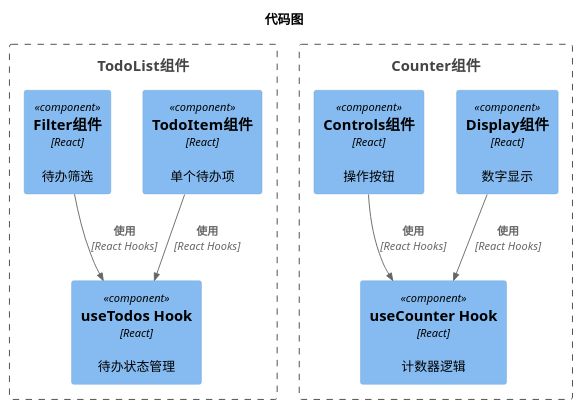
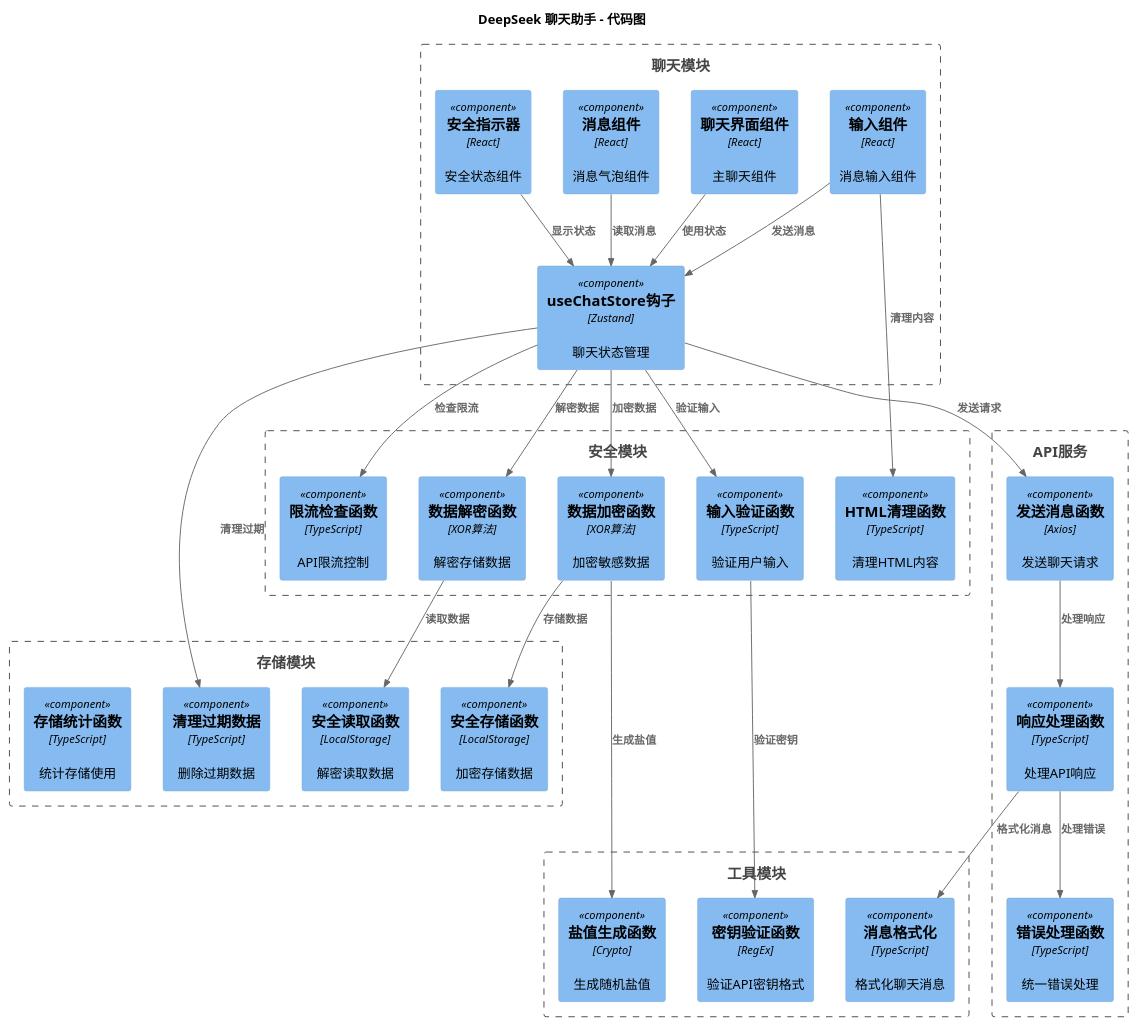
The diagram in docs/architecture/c4_code.puml (felixzhu97/micro-frontend-project), drawn with PlantUML before and after one commit. The commit also changed 4 other files, not shown here.

```diff
--- a/docs/architecture/c4_code.puml
+++ b/docs/architecture/c4_code.puml
@@ -1,22 +1,64 @@
 @startuml
 !include https://raw.githubusercontent.com/plantuml-stdlib/C4-PlantUML/master/C4_Component.puml
 
-title 代码图
+title DeepSeek 聊天助手 - 代码图
 
-Boundary(todo_list, "TodoList组件") {
-    Component(useTodos, "useTodos Hook", "React", "待办状态管理")
-    Component(TodoItem, "TodoItem组件", "React", "单个待办项")
-    Component(Filter, "Filter组件", "React", "待办筛选")
+Boundary(chat_module, "聊天模块") {
+    Component(useChatStore, "useChatStore钩子", "Zustand", "聊天状态管理")
+    Component(ChatInterface, "聊天界面组件", "React", "主聊天组件")
+    Component(ChatMessage, "消息组件", "React", "消息气泡组件")
+    Component(ChatInput, "输入组件", "React", "消息输入组件")
+    Component(SecurityIndicator, "安全指示器", "React", "安全状态组件")
 }
 
-Boundary(counter, "Counter组件") {
-    Component(useCounter, "useCounter Hook", "React", "计数器逻辑")
-    Component(Display, "Display组件", "React", "数字显示")
-    Component(Controls, "Controls组件", "React", "操作按钮")
+Boundary(security_module, "安全模块") {
+    Component(validateInput, "输入验证函数", "TypeScript", "验证用户输入")
+    Component(encryptData, "数据加密函数", "XOR算法", "加密敏感数据")
+    Component(decryptData, "数据解密函数", "XOR算法", "解密存储数据")
+    Component(checkRateLimit, "限流检查函数", "TypeScript", "API限流控制")
+    Component(sanitizeHtml, "HTML清理函数", "TypeScript", "清理HTML内容")
 }
 
-Rel(TodoItem, useTodos, "使用", "React Hooks")
-Rel(Filter, useTodos, "使用", "React Hooks")
-Rel(Display, useCounter, "使用", "React Hooks")
-Rel(Controls, useCounter, "使用", "React Hooks")
+Boundary(storage_module, "存储模块") {
+    Component(setSecureItem, "安全存储函数", "LocalStorage", "加密存储数据")
+    Component(getSecureItem, "安全读取函数", "LocalStorage", "解密读取数据")
+    Component(removeExpiredData, "清理过期数据", "TypeScript", "删除过期数据")
+    Component(getStorageUsage, "存储统计函数", "TypeScript", "统计存储使用")
+}
+
+Boundary(api_service, "API服务") {
+    Component(sendMessage, "发送消息函数", "Axios", "发送聊天请求")
+    Component(handleResponse, "响应处理函数", "TypeScript", "处理API响应")
+    Component(errorHandler, "错误处理函数", "TypeScript", "统一错误处理")
+}
+
+Boundary(utils_module, "工具模块") {
+    Component(generateSalt, "盐值生成函数", "Crypto", "生成随机盐值")
+    Component(formatMessage, "消息格式化", "TypeScript", "格式化聊天消息")
+    Component(validateApiKey, "密钥验证函数", "RegEx", "验证API密钥格式")
+}
+
+Rel(ChatInterface, useChatStore, "使用状态")
+Rel(ChatMessage, useChatStore, "读取消息")
+Rel(ChatInput, useChatStore, "发送消息")
+Rel(SecurityIndicator, useChatStore, "显示状态")
+
+Rel(useChatStore, validateInput, "验证输入")
+Rel(useChatStore, checkRateLimit, "检查限流")
+Rel(useChatStore, encryptData, "加密数据")
+Rel(useChatStore, decryptData, "解密数据")
+
+Rel(ChatInput, sanitizeHtml, "清理内容")
+Rel(encryptData, generateSalt, "生成盐值")
+Rel(validateInput, validateApiKey, "验证密钥")
+
+Rel(encryptData, setSecureItem, "存储数据")
+Rel(decryptData, getSecureItem, "读取数据")
+Rel(useChatStore, removeExpiredData, "清理过期")
+
+Rel(useChatStore, sendMessage, "发送请求")
+Rel(sendMessage, handleResponse, "处理响应")
+Rel(handleResponse, errorHandler, "处理错误")
+Rel(handleResponse, formatMessage, "格式化消息")
+
 @enduml
```
